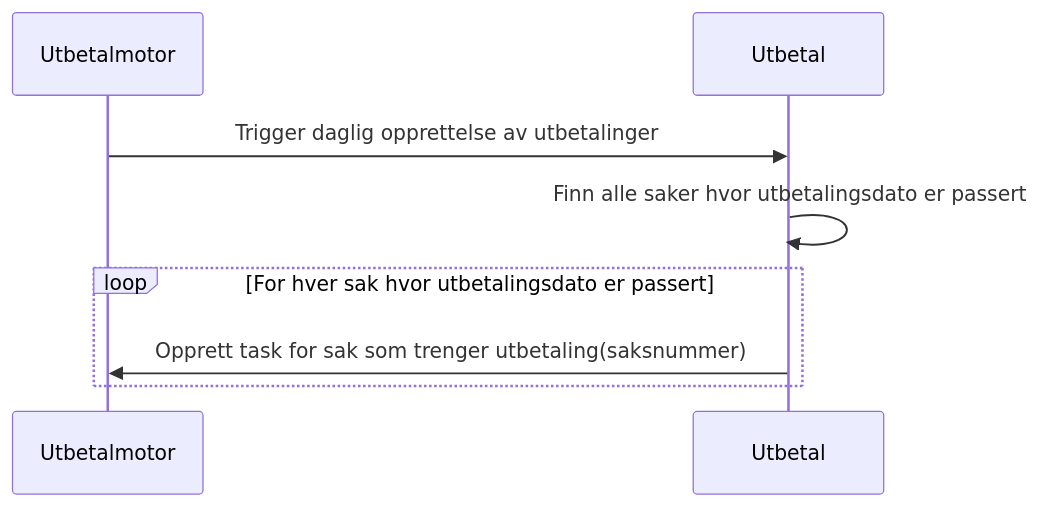
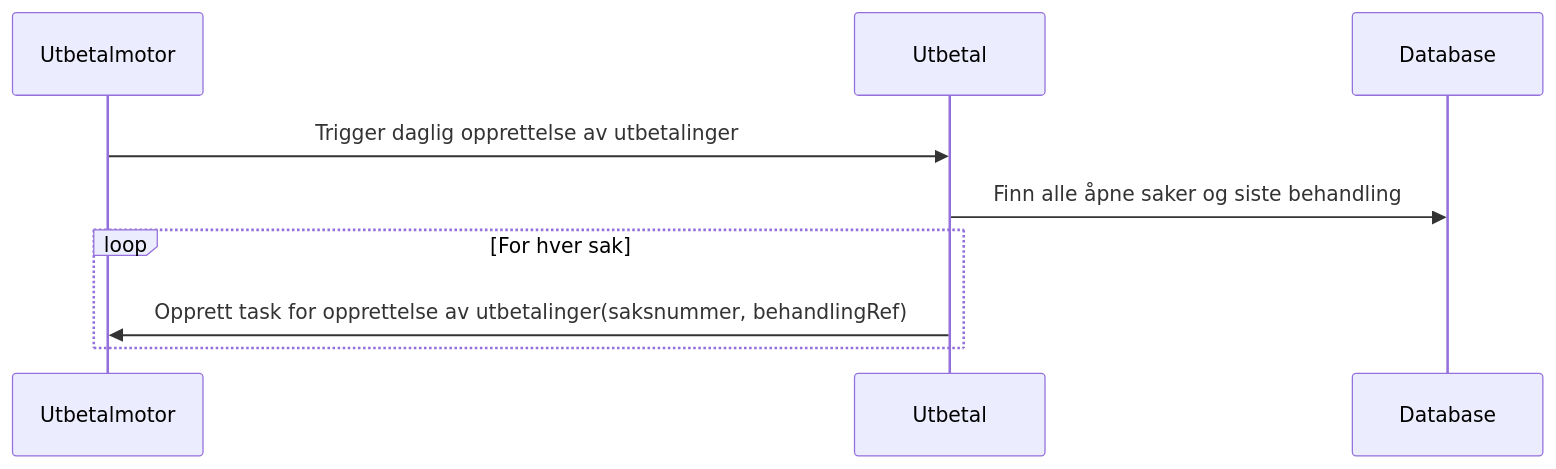
Before and after one commit to navikt/aap-utbetal: the fifth of 6 diagrams in README.md, drawn with Mermaid. The commit also changed other lines of this file, not shown here.

````diff
--- a/README.md
+++ b/README.md
@@ -70,8 +69,8 @@
 ```mermaid
 sequenceDiagram
 Utbetalmotor->>Utbetal: Trigger daglig opprettelse av utbetalinger
-Utbetal->>Utbetal: Finn alle saker hvor utbetalingsdato er passert
-loop For hver sak hvor utbetalingsdato er passert
-    Utbetal->>Utbetalmotor: Opprett task for sak som trenger utbetaling(saksnummer)
+Utbetal->>Database: Finn alle åpne saker og siste behandling
+loop For hver sak 
+    Utbetal->>Utbetalmotor: Opprett task for opprettelse av utbetalinger(saksnummer, behandlingRef)
 end
 ```
````
